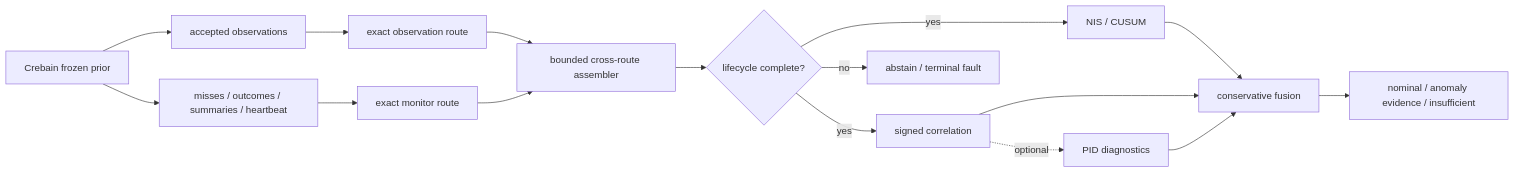
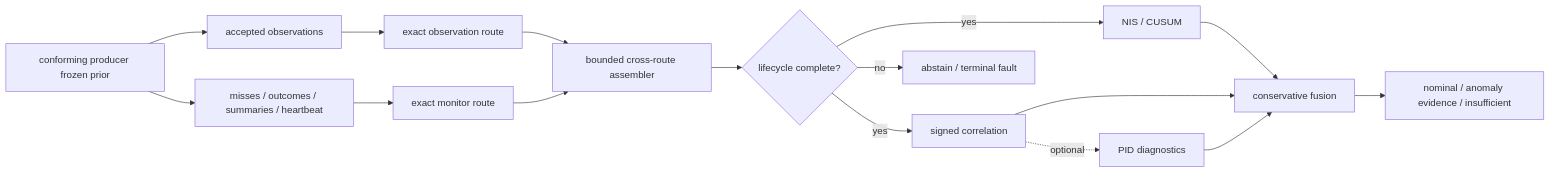
Before and after one commit to sepahead/galadriel: the diagram in README.md, drawn with Mermaid. The commit also changed other lines of this file and 155 other files, not shown here.

````diff
--- a/README.md
+++ b/README.md
@@ -24,18 +24,18 @@
 ```mermaid
 flowchart LR
-    P[Crebain frozen prior] --> O[accepted observations]
+    P[conforming producer frozen prior] --> O[accepted observations]
     P --> L[misses / outcomes / summaries / heartbeat]
     O --> R[exact observation route]
     L --> T[exact monitor route]
     R --> A[bounded cross-route assembler]
     T --> A
     A --> G{lifecycle complete?}
     G -->|yes| M[NIS / CUSUM]
     G -->|yes| C[signed correlation]
     G -->|no| X[abstain / terminal fault]
     C -. optional .-> I[PID diagnostics]
     M --> F[conservative fusion]
     C --> F
     I --> F
     F --> V[nominal / anomaly evidence / insufficient]
 ```
````
